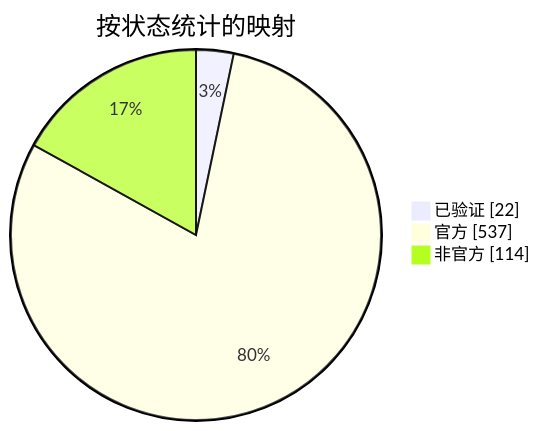
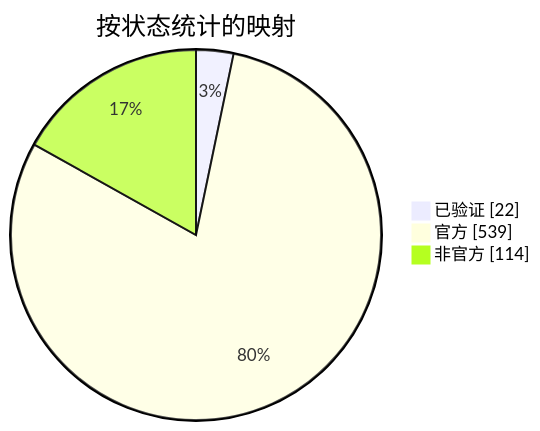
Before and after one commit to nobrega8/mbmap-library: the diagram in docs/readme/README_ZHS.md, drawn with Mermaid. The commit also changed 7 other files, not shown here.

````diff
--- a/docs/readme/README_ZHS.md
+++ b/docs/readme/README_ZHS.md
@@ -54,7 +54,7 @@
 ```mermaid
 pie showData
     title 按状态统计的映射
     "已验证" : 22
-    "官方" : 537
+    "官方" : 539
     "非官方" : 114
 ```
````
